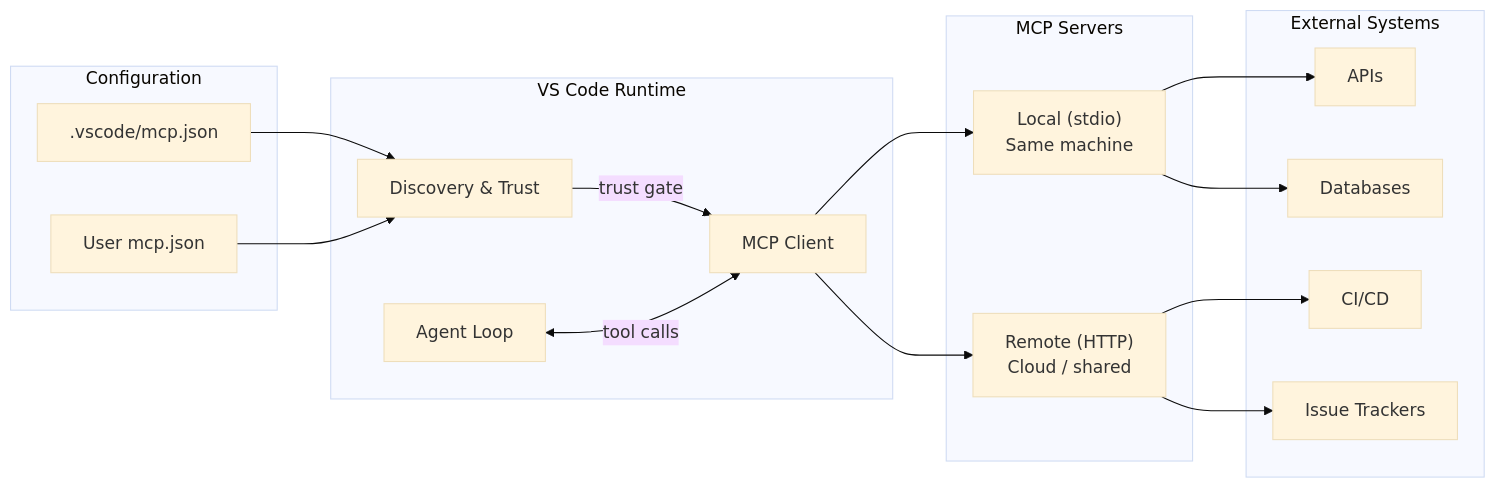
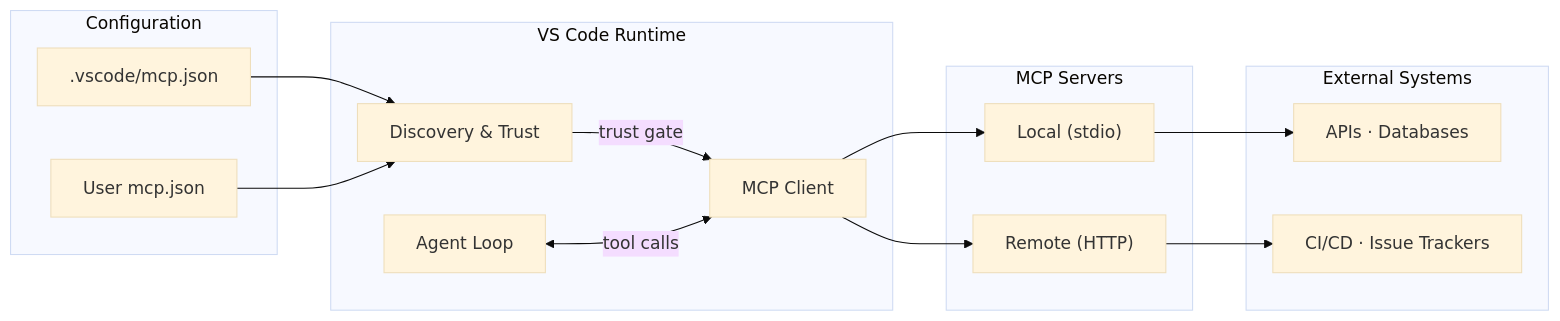
One commit to juangcarmona/github_copilot_000_hub changed the diagram in slides/pages/301/architecture.md. Above: the diagram before and after it, drawn with Mermaid (base theme). The commit also changed other lines of this file and 201 other files, not shown here.

````diff
--- a/slides/pages/301/architecture.md
+++ b/slides/pages/301/architecture.md
@@ -10,32 +10,28 @@
 ```mermaid
 flowchart LR
   subgraph Config["Configuration"]
     J[".vscode/mcp.json"]
     U["User mcp.json"]
   end
   subgraph Runtime["VS Code Runtime"]
     D["Discovery & Trust"]
     C["MCP Client"]
     A["Agent Loop"]
   end
   subgraph Servers["MCP Servers"]
-    S1["Local (stdio)<br/>Same machine"]
-    S2["Remote (HTTP)<br/>Cloud / shared"]
+    S1["Local (stdio)"]
+    S2["Remote (HTTP)"]
   end
   subgraph Targets["External Systems"]
-    T1["APIs"]
-    T2["Databases"]
-    T3["CI/CD"]
-    T4["Issue Trackers"]
+    T1["APIs · Databases"]
+    T2["CI/CD · Issue Trackers"]
   end
   J --> D
   U --> D
   D -->|"trust gate"| C
   C --> S1
   C --> S2
   A <-->|"tool calls"| C
   S1 --> T1
-  S1 --> T2
-  S2 --> T3
-  S2 --> T4
+  S2 --> T2
 ```
````
